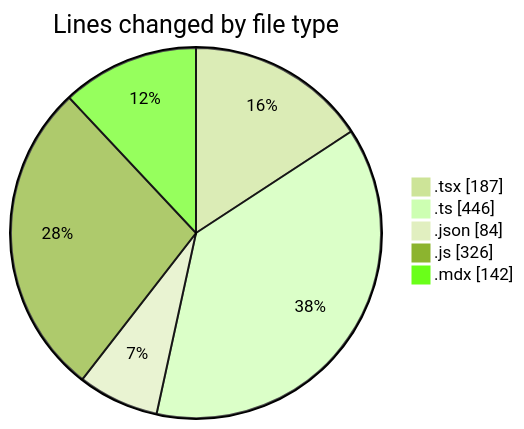
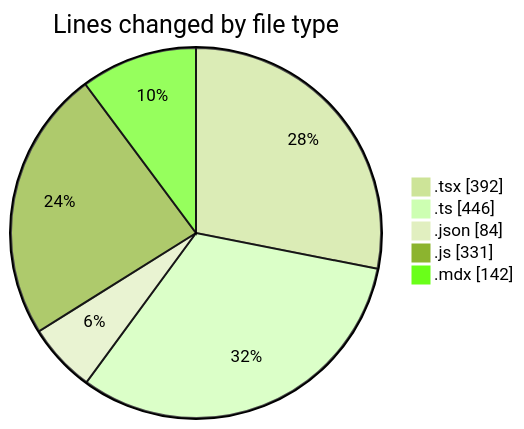
The first of 2 diagrams in 2026-03-30/cda/README.md (momahboobian/code-tracking), drawn with Mermaid (forest theme) before and after one commit. The commit also changed other lines of this file and 1 other file, not shown here.

````diff
--- a/2026-03-30/cda/README.md
+++ b/2026-03-30/cda/README.md
@@ -24,9 +25,9 @@
 ```mermaid
 pie showData
 title Lines changed by file type
-".tsx" : 187
+".tsx" : 392
 ".ts" : 446
 ".json" : 84
-".js" : 326
+".js" : 331
 ".mdx" : 142
 ```
````
